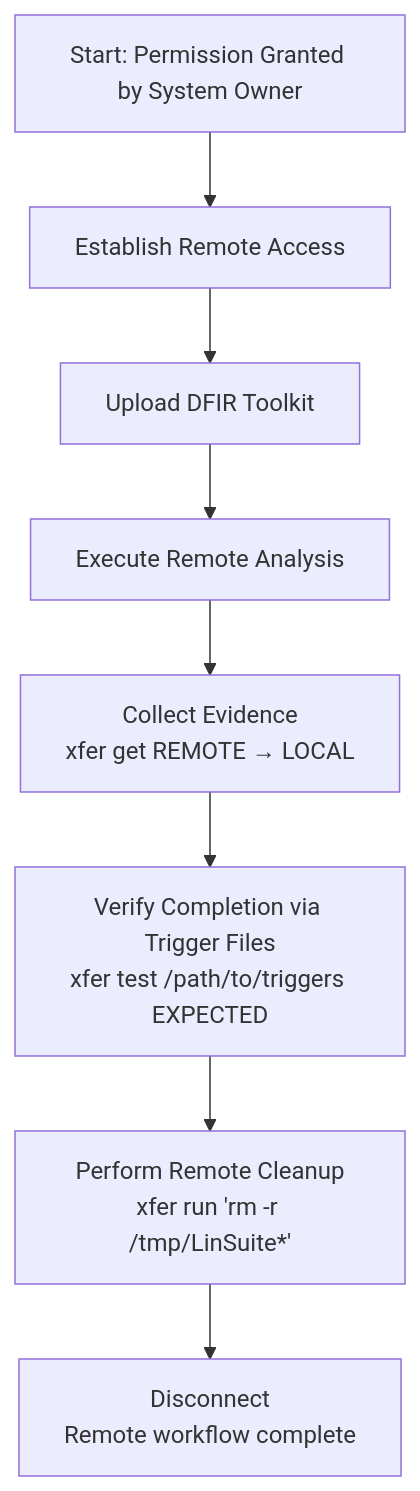
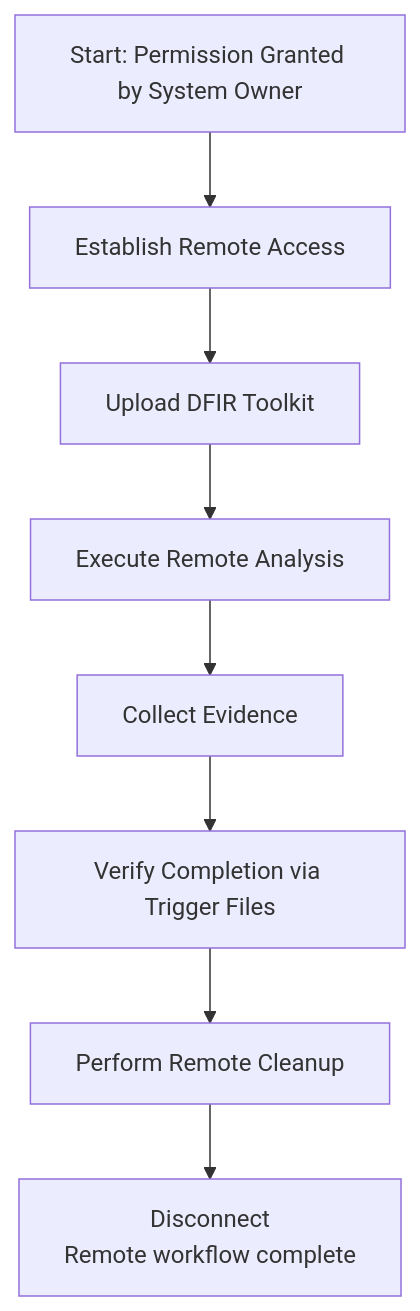
Before and after one commit to Mark-a-Hamilton/Toolbox: the diagram in assets/xferWorkFlow.md, drawn with Mermaid.

````diff
--- a/assets/xferWorkFlow.md
+++ b/assets/xferWorkFlow.md
@@ -21,11 +21,11 @@
 ```mermaid
 flowchart TD
 
     A["Start: Permission Granted by System Owner"] --> B["Establish Remote Access"]
     B --> C["Upload DFIR Toolkit"]
     C --> D["Execute Remote Analysis"]
-    D --> E["Collect Evidence\nxfer get REMOTE → LOCAL"]
-    E --> F["Verify Completion via Trigger Files\nxfer test /path/to/triggers EXPECTED"]
-    F --> G["Perform Remote Cleanup\nxfer run 'rm -r /tmp/LinSuite*'"]
+    D --> E["Collect Evidence"]
+    E --> F["Verify Completion via Trigger Files"]
+    F --> G["Perform Remote Cleanup"]
     G --> H["Disconnect\nRemote workflow complete"]
 ```
````
